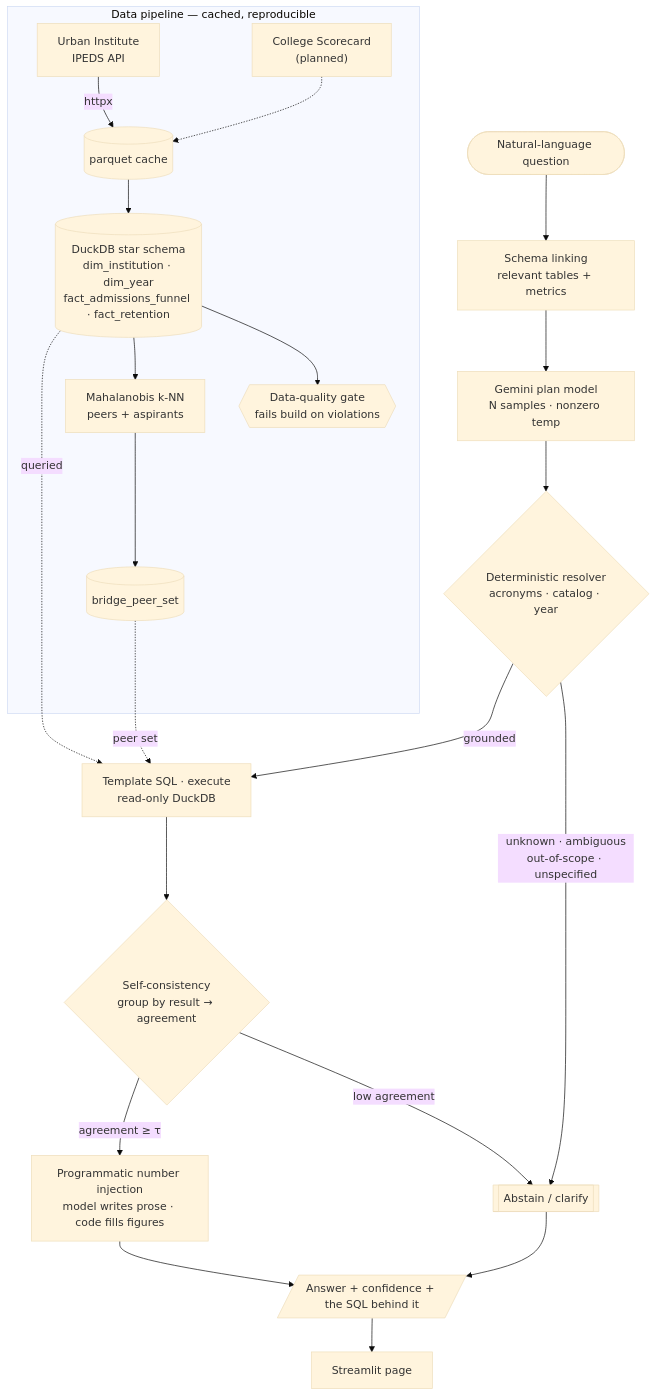
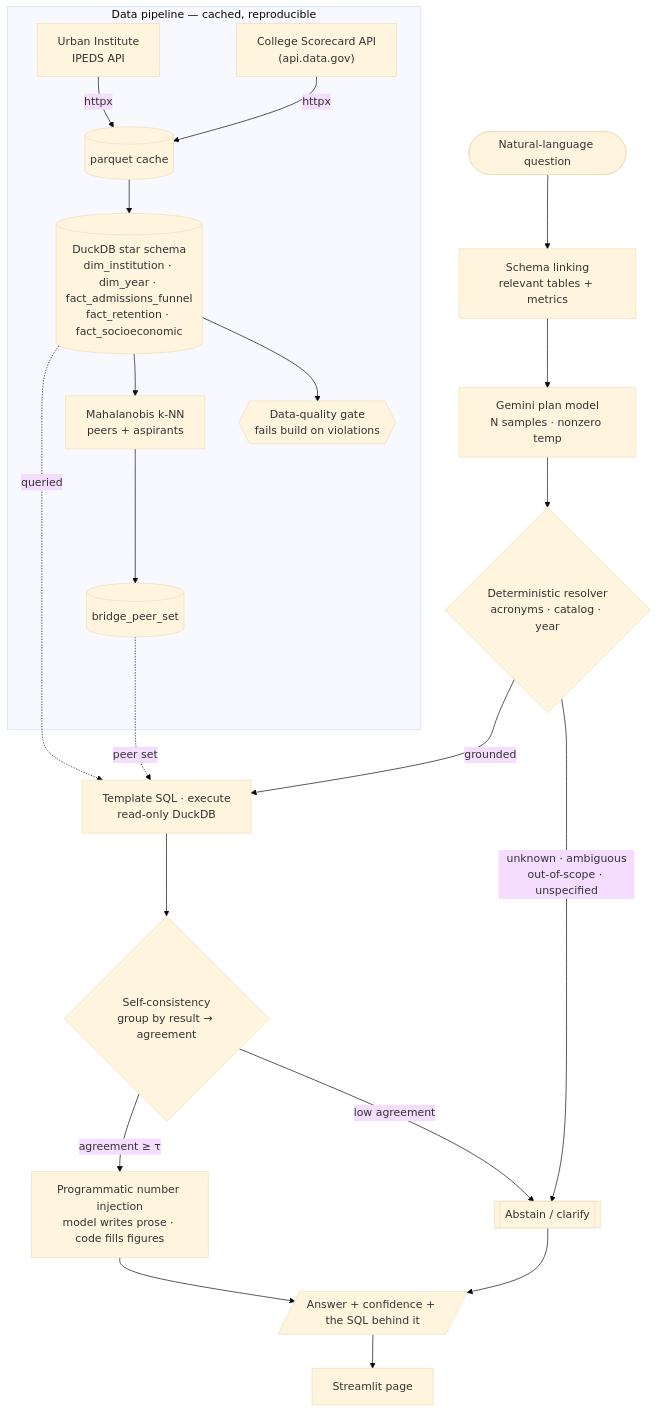
One commit to akshatkumbhat/PeerLens changed the diagram in README.md. Above: the diagram before and after it, drawn with Mermaid (base theme). The commit also changed other lines of this file and 15 other files, not shown here.

First line of the commit message:
feat: College Scorecard augmentation (net price, Pell share, earnings)

````diff
--- a/README.md
+++ b/README.md
@@ -34,25 +34,25 @@
 ```mermaid
 flowchart TD
     Q(["Natural-language question"]) --> SL["Schema linking<br/>relevant tables + metrics"]
     SL --> PM["Gemini plan model<br/>N samples · nonzero temp"]
     PM --> R{"Deterministic resolver<br/>acronyms · catalog · year"}
     R -->|"unknown · ambiguous<br/>out-of-scope · unspecified"| AB[["Abstain / clarify"]]
     R -->|grounded| EX["Template SQL · execute<br/>read-only DuckDB"]
     EX --> SC{"Self-consistency<br/>group by result → agreement"}
     SC -->|"low agreement"| AB
     SC -->|"agreement ≥ τ"| INJ["Programmatic number injection<br/>model writes prose · code fills figures"]
     INJ --> ANS[/"Answer + confidence + the SQL behind it"/]
     AB --> ANS
     ANS --> UI["Streamlit page"]
 
     subgraph data["Data pipeline — cached, reproducible"]
         API["Urban Institute<br/>IPEDS API"] -->|httpx| PQ[("parquet cache")]
-        SCD["College Scorecard<br/>(planned)"] -.-> PQ
-        PQ --> WH[("DuckDB star schema<br/>dim_institution · dim_year<br/>fact_admissions_funnel · fact_retention")]
+        SCD["College Scorecard API<br/>(api.data.gov)"] -->|httpx| PQ
+        PQ --> WH[("DuckDB star schema<br/>dim_institution · dim_year · fact_admissions_funnel<br/>fact_retention · fact_socioeconomic")]
         WH --> DQ{{"Data-quality gate<br/>fails build on violations"}}
         WH --> MA["Mahalanobis k-NN<br/>peers + aspirants"] --> BP[("bridge_peer_set")]
     end
 
     WH -. queried .-> EX
     BP -. peer set .-> EX
 ```
````
